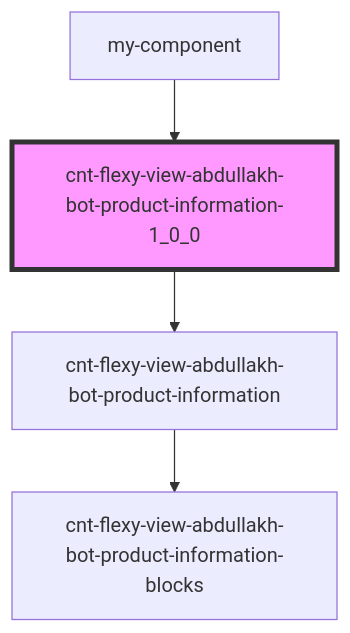
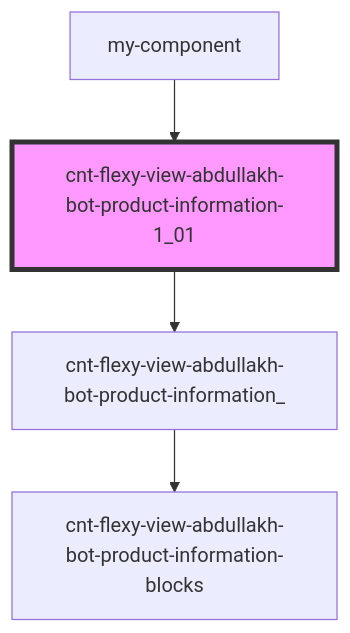
One commit to Wokh-Dada/botdevelopmentapp changed the diagram in src/components/cnt-flexy-view-abdullakh-bot-product-information/readme.md. Above: the diagram before and after it, drawn with Mermaid. The commit also changed other lines of this file and 34 other files, not shown here.

````diff
--- a/src/components/cnt-flexy-view-abdullakh-bot-product-information/readme.md
+++ b/src/components/cnt-flexy-view-abdullakh-bot-product-information/readme.md
@@ -34,7 +34,7 @@
 ```mermaid
 graph TD;
-  cnt-flexy-view-abdullakh-bot-product-information-1_0_0 --> cnt-flexy-view-abdullakh-bot-product-information
-  cnt-flexy-view-abdullakh-bot-product-information --> cnt-flexy-view-abdullakh-bot-product-information-blocks
-  my-component --> cnt-flexy-view-abdullakh-bot-product-information-1_0_0
-  style cnt-flexy-view-abdullakh-bot-product-information-1_0_0 fill:#f9f,stroke:#333,stroke-width:4px
+  cnt-flexy-view-abdullakh-bot-product-information-1_01 --> cnt-flexy-view-abdullakh-bot-product-information_
+  cnt-flexy-view-abdullakh-bot-product-information_ --> cnt-flexy-view-abdullakh-bot-product-information-blocks
+  my-component --> cnt-flexy-view-abdullakh-bot-product-information-1_01
+  style cnt-flexy-view-abdullakh-bot-product-information-1_01 fill:#f9f,stroke:#333,stroke-width:4px
 ```
````
